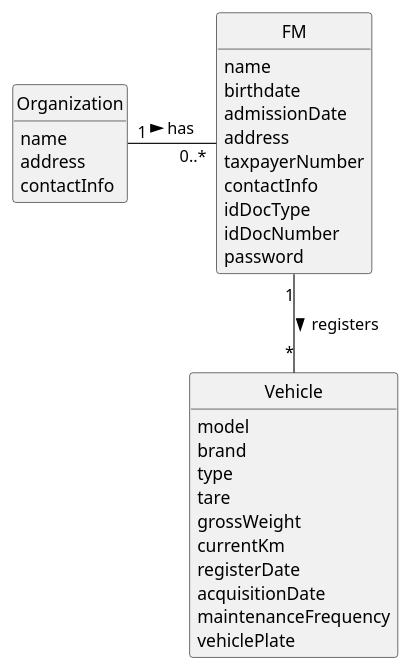
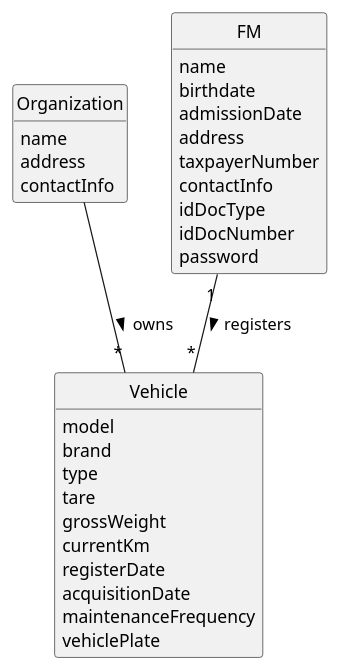
One commit to RicardoMorim/lapr2-ISEP-Project changed the diagram in docs/sprintA/us006/02.analysis/puml/us006-domain-model.puml. Above: the diagram before and after it, drawn with PlantUML. The commit also changed 3 other files, not shown here.

Commit message:
Updated us06 system sequence diagram and domain model

```diff
--- a/docs/sprintA/us006/02.analysis/puml/us006-domain-model.puml
+++ b/docs/sprintA/us006/02.analysis/puml/us006-domain-model.puml
@@ -1,46 +1,46 @@
 @startuml
 skinparam monochrome true
 skinparam packageStyle rectangle
 skinparam shadowing false
 
 
 skinparam classAttributeIconSize 0
 
 hide circle
 hide methods
 
 class Organization {
     name
     address
     contactInfo
 
 }
 
 class Vehicle {
     model
     brand
     type
     tare
     grossWeight
     currentKm
     registerDate
     acquisitionDate
     maintenanceFrequency
     vehiclePlate
 }
 
 class FM {
     name
     birthdate
     admissionDate
     address
     taxpayerNumber
     contactInfo
     idDocType
     idDocNumber
     password
 }
 
-Organization "1" - "0..*" FM : has >
+Organization  -- "*" Vehicle : owns >
 FM "1" -- "*" Vehicle : registers >
 @enduml
```
